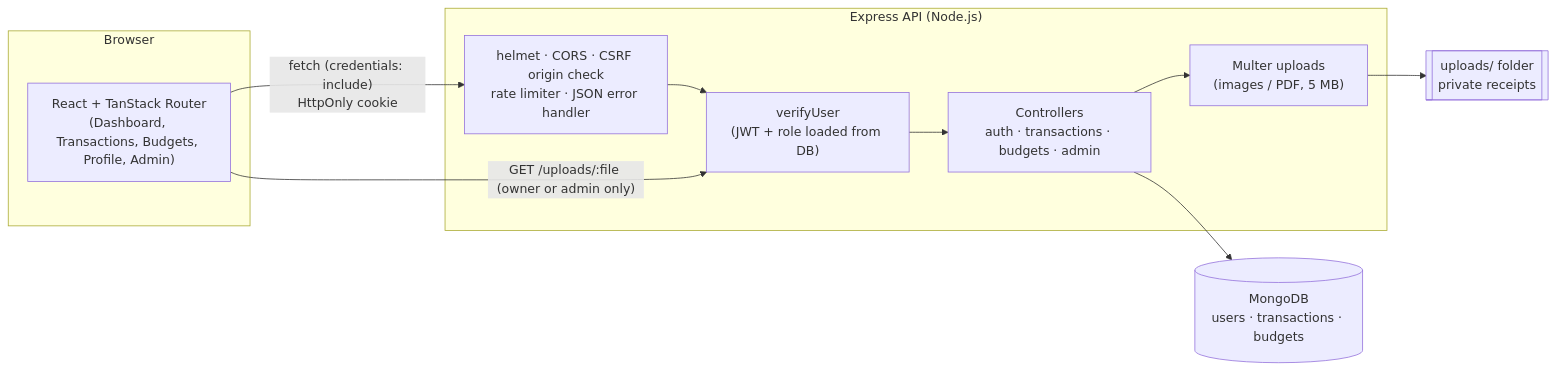
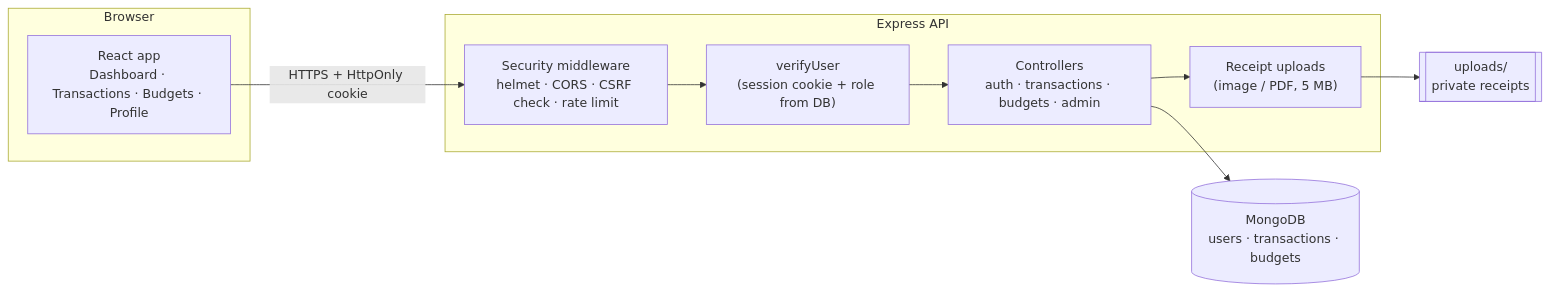
One commit to bhoomikaaa20/FinTrack changed the diagram in README.md. Above: the diagram before and after it, drawn with Mermaid. The commit also changed other lines of this file and 2 other files, not shown here.

````diff
--- a/README.md
+++ b/README.md
@@ -92,21 +95,20 @@
 ```mermaid
 flowchart LR
     subgraph Browser
-        UI["React + TanStack Router<br/>(Dashboard, Transactions, Budgets, Profile, Admin)"]
+        UI["React app<br/>Dashboard · Transactions · Budgets · Profile"]
     end
 
-    subgraph API["Express API (Node.js)"]
-        MW["helmet · CORS · CSRF origin check<br/>rate limiter · JSON error handler"]
-        AUTH["verifyUser<br/>(JWT + role loaded from DB)"]
+    subgraph API["Express API"]
+        MW["Security middleware<br/>helmet · CORS · CSRF check · rate limit"]
+        AUTH["verifyUser<br/>(session cookie + role from DB)"]
         CTRL["Controllers<br/>auth · transactions · budgets · admin"]
-        UP["Multer uploads<br/>(images / PDF, 5 MB)"]
+        UP["Receipt uploads<br/>(image / PDF, 5 MB)"]
     end
 
     DB[(MongoDB<br/>users · transactions · budgets)]
-    FS[[uploads/ folder<br/>private receipts]]
+    FS[[uploads/<br/>private receipts]]
 
-    UI -- "fetch (credentials: include)<br/>HttpOnly cookie" --> MW --> AUTH --> CTRL
+    UI -- "HTTPS + HttpOnly cookie" --> MW --> AUTH --> CTRL
     CTRL --> DB
     CTRL --> UP --> FS
-    UI -- "GET /uploads/:file (owner or admin only)" --> AUTH
 ```
````
